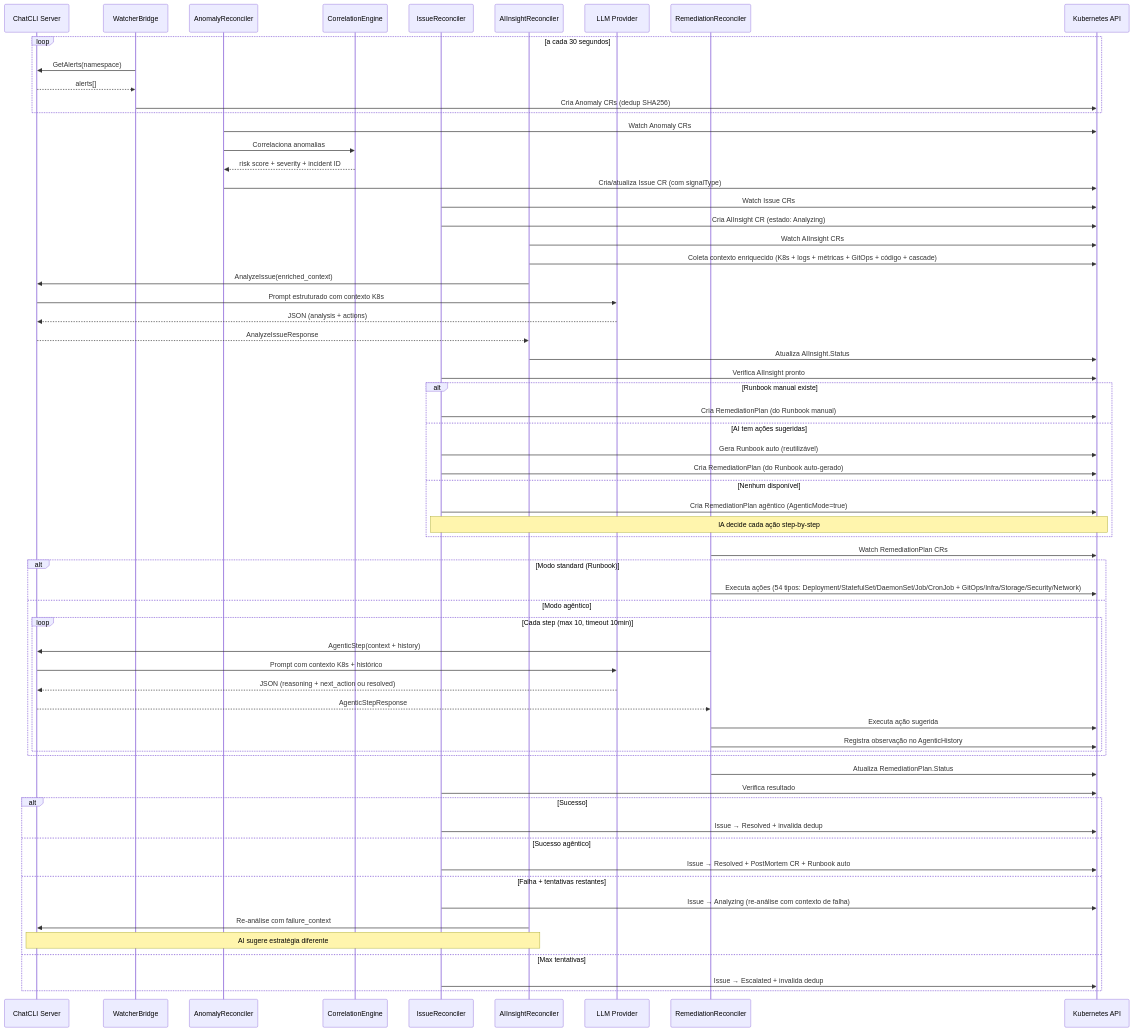
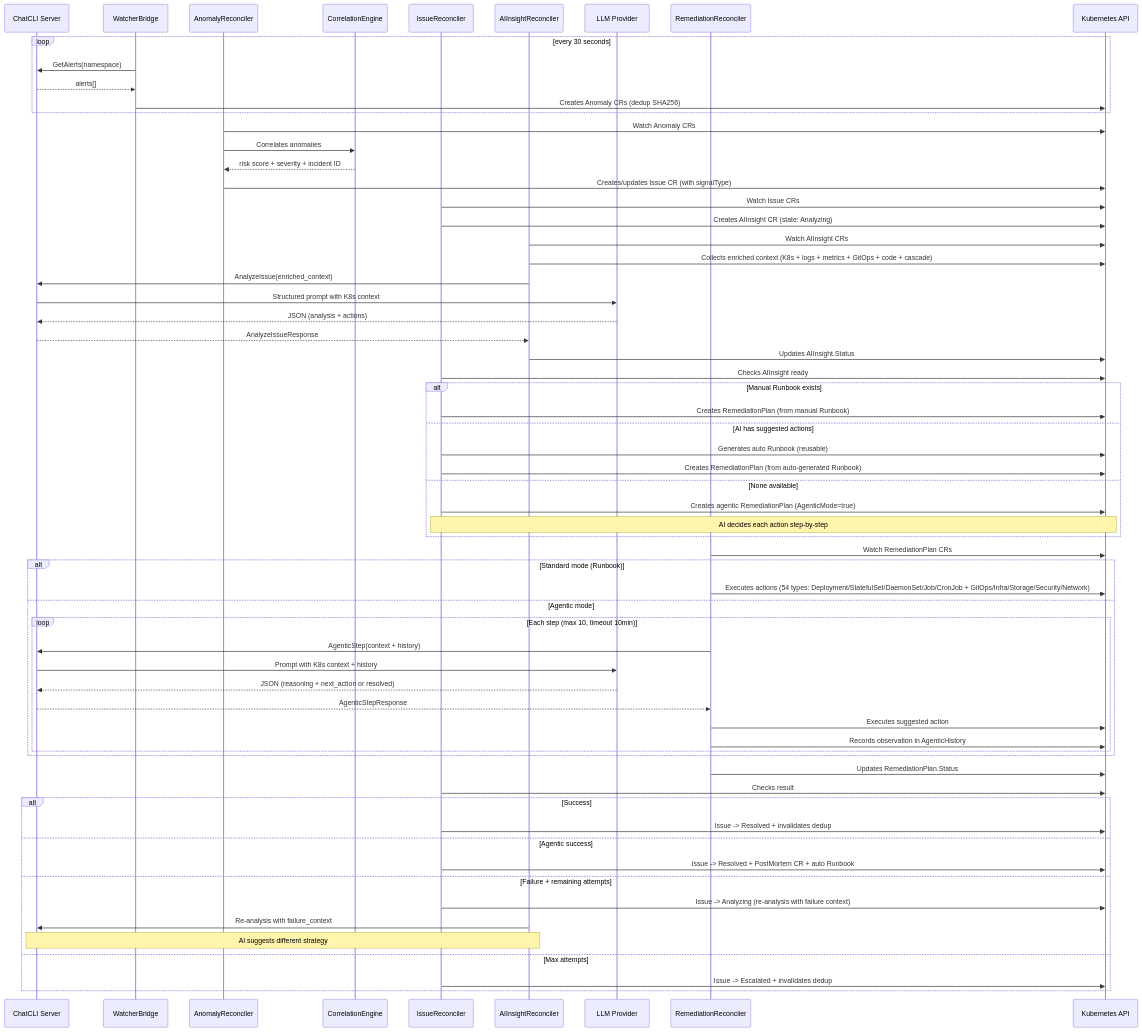
Before and after one commit to diillson/chatcli.ai: the first of 3 diagrams in features/aiops-platform.mdx, drawn with Mermaid. The commit also changed other lines of this file and 500 other files, not shown here.

````diff
--- a/features/aiops-platform.mdx
+++ b/features/aiops-platform.mdx
@@ -16,74 +47,74 @@
 ```mermaid
 sequenceDiagram
     participant Server as ChatCLI Server
     participant WB as WatcherBridge
     participant AR as AnomalyReconciler
     participant CE as CorrelationEngine
     participant IR as IssueReconciler
     participant AIR as AIInsightReconciler
     participant LLM as LLM Provider
     participant RR as RemediationReconciler
     participant K8s as Kubernetes API
 
-    loop a cada 30 segundos
+    loop every 30 seconds
         WB->>Server: GetAlerts(namespace)
         Server-->>WB: alerts[]
-        WB->>K8s: Cria Anomaly CRs (dedup SHA256)
+        WB->>K8s: Creates Anomaly CRs (dedup SHA256)
     end
 
     AR->>K8s: Watch Anomaly CRs
-    AR->>CE: Correlaciona anomalias
+    AR->>CE: Correlates anomalies
     CE-->>AR: risk score + severity + incident ID
-    AR->>K8s: Cria/atualiza Issue CR (com signalType)
+    AR->>K8s: Creates/updates Issue CR (with signalType)
 
     IR->>K8s: Watch Issue CRs
-    IR->>K8s: Cria AIInsight CR (estado: Analyzing)
+    IR->>K8s: Creates AIInsight CR (state: Analyzing)
 
     AIR->>K8s: Watch AIInsight CRs
-    AIR->>K8s: Coleta contexto enriquecido (K8s + logs + métricas + GitOps + código + cascade)
+    AIR->>K8s: Collects enriched context (K8s + logs + metrics + GitOps + code + cascade)
     AIR->>Server: AnalyzeIssue(enriched_context)
-    Server->>LLM: Prompt estruturado com contexto K8s
+    Server->>LLM: Structured prompt with K8s context
     LLM-->>Server: JSON (analysis + actions)
     Server-->>AIR: AnalyzeIssueResponse
-    AIR->>K8s: Atualiza AIInsight.Status
+    AIR->>K8s: Updates AIInsight.Status
 
-    IR->>K8s: Verifica AIInsight pronto
-    alt Runbook manual existe
-        IR->>K8s: Cria RemediationPlan (do Runbook manual)
-    else AI tem ações sugeridas
-        IR->>K8s: Gera Runbook auto (reutilizável)
-        IR->>K8s: Cria RemediationPlan (do Runbook auto-gerado)
-    else Nenhum disponível
-        IR->>K8s: Cria RemediationPlan agêntico (AgenticMode=true)
-        Note over IR,K8s: IA decide cada ação step-by-step
+    IR->>K8s: Checks AIInsight ready
+    alt Manual Runbook exists
+        IR->>K8s: Creates RemediationPlan (from manual Runbook)
+    else AI has suggested actions
+        IR->>K8s: Generates auto Runbook (reusable)
+        IR->>K8s: Creates RemediationPlan (from auto-generated Runbook)
+    else None available
+        IR->>K8s: Creates agentic RemediationPlan (AgenticMode=true)
+        Note over IR,K8s: AI decides each action step-by-step
     end
 
     RR->>K8s: Watch RemediationPlan CRs
 
-    alt Modo standard (Runbook)
-        RR->>K8s: Executa ações (54 tipos: Deployment/StatefulSet/DaemonSet/Job/CronJob + GitOps/Infra/Storage/Security/Network)
-    else Modo agêntico
-        loop Cada step (max 10, timeout 10min)
+    alt Standard mode (Runbook)
+        RR->>K8s: Executes actions (54 types: Deployment/StatefulSet/DaemonSet/Job/CronJob + GitOps/Infra/Storage/Security/Network)
+    else Agentic mode
+        loop Each step (max 10, timeout 10min)
             RR->>Server: AgenticStep(context + history)
-            Server->>LLM: Prompt com contexto K8s + histórico
-            LLM-->>Server: JSON (reasoning + next_action ou resolved)
+            Server->>LLM: Prompt with K8s context + history
+            LLM-->>Server: JSON (reasoning + next_action or resolved)
             Server-->>RR: AgenticStepResponse
-            RR->>K8s: Executa ação sugerida
-            RR->>K8s: Registra observação no AgenticHistory
+            RR->>K8s: Executes suggested action
+            RR->>K8s: Records observation in AgenticHistory
         end
     end
-    RR->>K8s: Atualiza RemediationPlan.Status
+    RR->>K8s: Updates RemediationPlan.Status
 
-    IR->>K8s: Verifica resultado
-    alt Sucesso
-        IR->>K8s: Issue → Resolved + invalida dedup
-    else Sucesso agêntico
-        IR->>K8s: Issue → Resolved + PostMortem CR + Runbook auto
-    else Falha + tentativas restantes
-        IR->>K8s: Issue → Analyzing (re-análise com contexto de falha)
-        AIR->>Server: Re-análise com failure_context
-        Note over AIR,Server: AI sugere estratégia diferente
-    else Max tentativas
-        IR->>K8s: Issue → Escalated + invalida dedup
+    IR->>K8s: Checks result
+    alt Success
+        IR->>K8s: Issue -> Resolved + invalidates dedup
+    else Agentic success
+        IR->>K8s: Issue -> Resolved + PostMortem CR + auto Runbook
+    else Failure + remaining attempts
+        IR->>K8s: Issue -> Analyzing (re-analysis with failure context)
+        AIR->>Server: Re-analysis with failure_context
+        Note over AIR,Server: AI suggests different strategy
+    else Max attempts
+        IR->>K8s: Issue -> Escalated + invalidates dedup
     end
 ```
````
